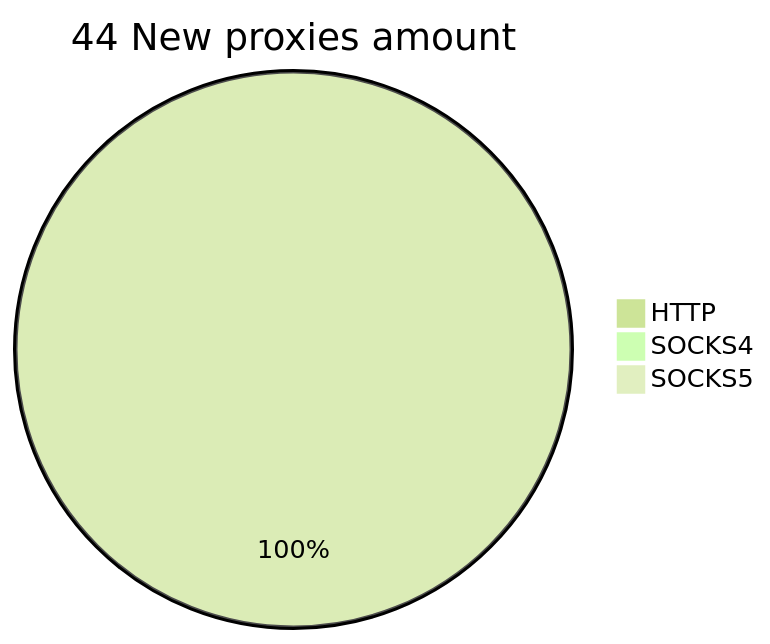
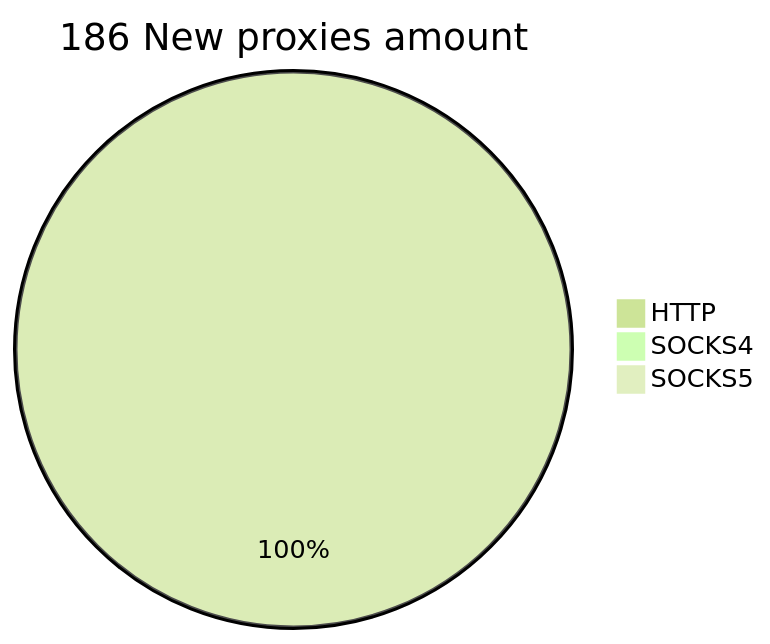
One commit to cutipu/proxylist changed the second of 2 diagrams in README.md. Above: the diagram before and after it, drawn with Mermaid (forest theme). The commit also changed other lines of this file, not shown here.

````diff
--- a/README.md
+++ b/README.md
@@ -10,6 +10,6 @@
 ```mermaid
-pie title 44 New proxies amount
-    "HTTP" : 67
+pie title 186 New proxies amount
+    "HTTP" : 186
     "SOCKS4" : 0
     "SOCKS5" : 0
 ```
````
